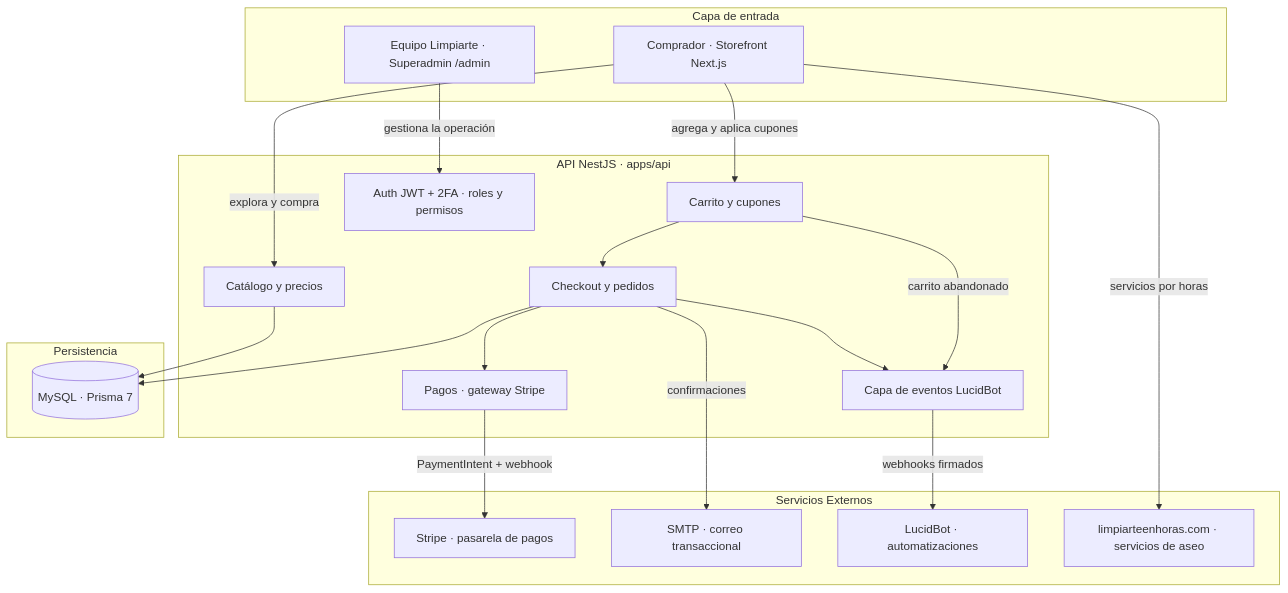
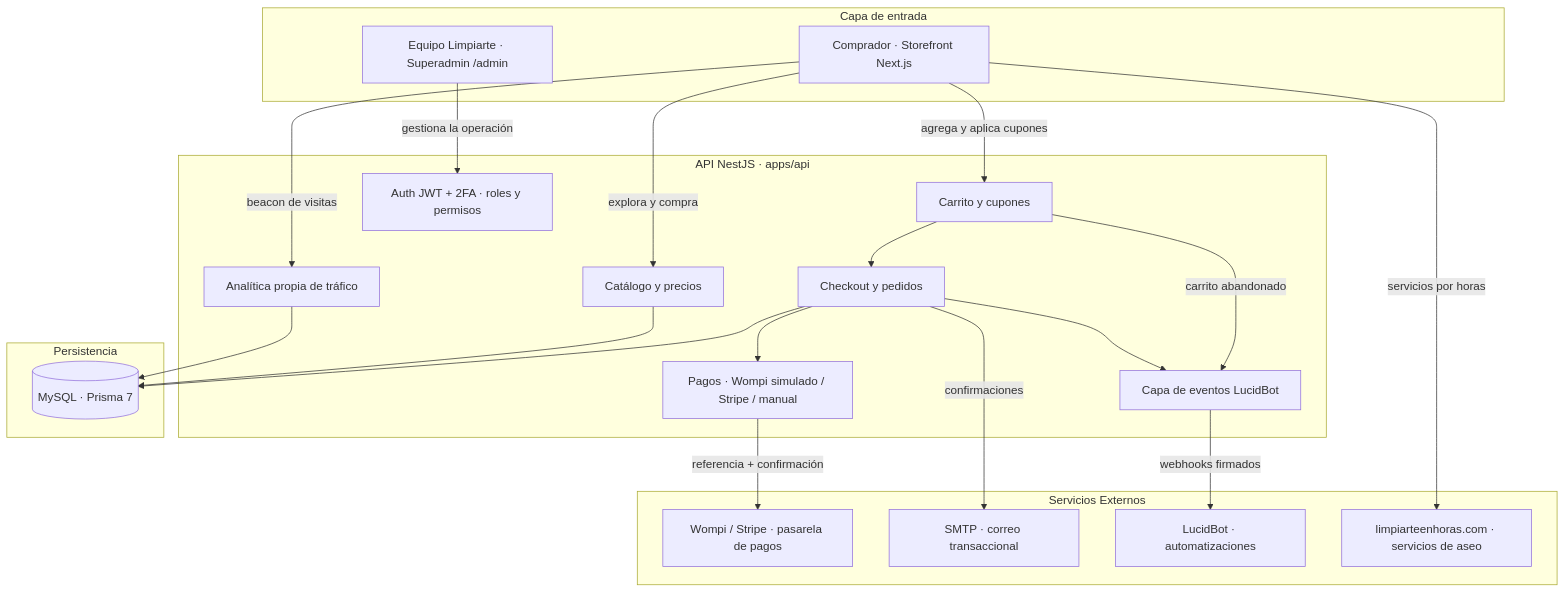
Before and after one commit to salvador-lucidbot/limpiarte: the diagram in README.md, drawn with Mermaid. The commit also changed other lines of this file and 141 other files, not shown here.

````diff
--- a/README.md
+++ b/README.md
@@ -11,41 +11,44 @@
 ```mermaid
 graph TD
     subgraph Cliente [Capa de entrada]
         Comprador[Comprador · Storefront Next.js]
         Operador[Equipo Limpiarte · Superadmin /admin]
     end
 
     subgraph API [API NestJS · apps/api]
         Catalogo[Catálogo y precios]
         Carrito[Carrito y cupones]
         Checkout[Checkout y pedidos]
-        Pagos[Pagos · gateway Stripe]
+        Pagos[Pagos · Wompi simulado / Stripe / manual]
         RBAC[Auth JWT + 2FA · roles y permisos]
         Eventos[Capa de eventos LucidBot]
+        Analitica[Analítica propia de tráfico]
     end
 
     subgraph Datos [Persistencia]
         MySQL[(MySQL · Prisma 7)]
     end
 
     subgraph Externos [Servicios Externos]
-        Stripe[Stripe · pasarela de pagos]
+        Pasarela[Wompi / Stripe · pasarela de pagos]
         SMTP[SMTP · correo transaccional]
         LucidBot[LucidBot · automatizaciones]
         Portal[limpiarteenhoras.com · servicios de aseo]
     end
 
     Comprador -->|explora y compra| Catalogo
+    Comprador -->|beacon de visitas| Analitica
+    Analitica --> MySQL
     Comprador -->|agrega y aplica cupones| Carrito
     Carrito --> Checkout
     Checkout --> Pagos
-    Pagos -->|PaymentIntent + webhook| Stripe
+    Pagos -->|referencia + confirmación| Pasarela
     Operador -->|gestiona la operación| RBAC
     Catalogo --> MySQL
     Checkout --> MySQL
     Checkout -->|confirmaciones| SMTP
     Checkout --> Eventos
     Carrito -->|carrito abandonado| Eventos
     Eventos -->|webhooks firmados| LucidBot
     Comprador -->|servicios por horas| Portal
 ```
````
